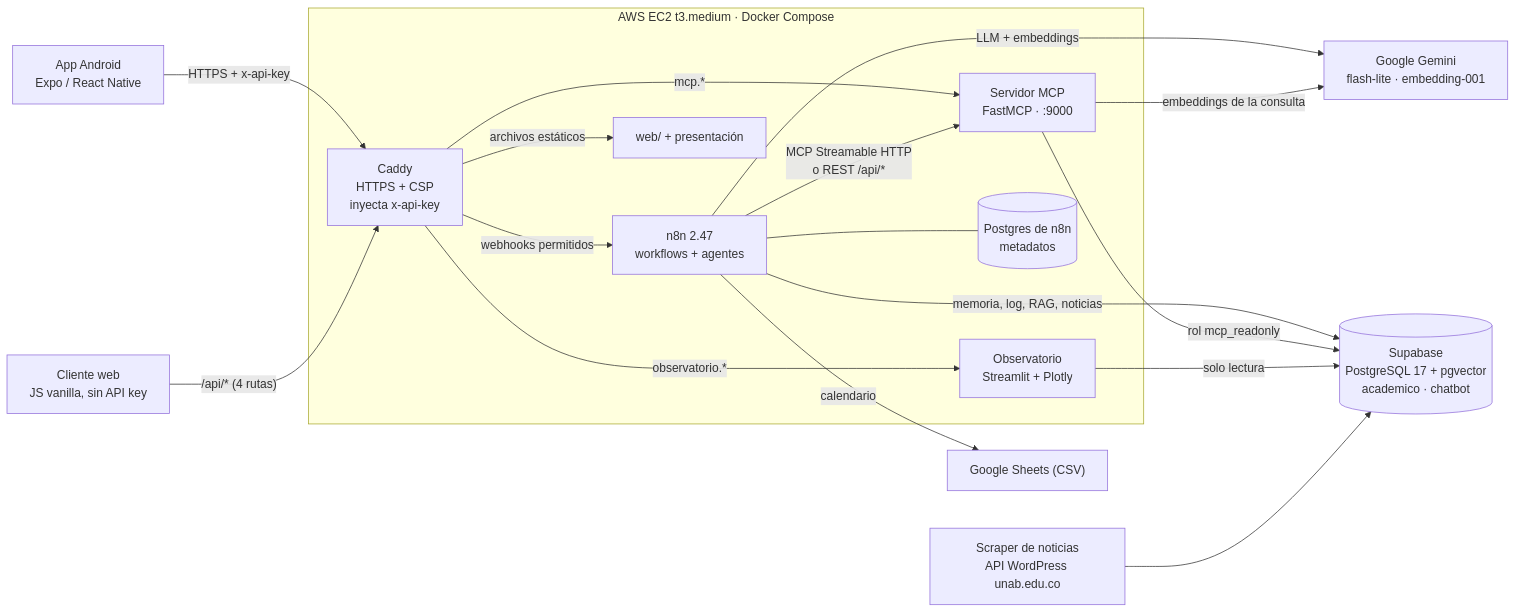
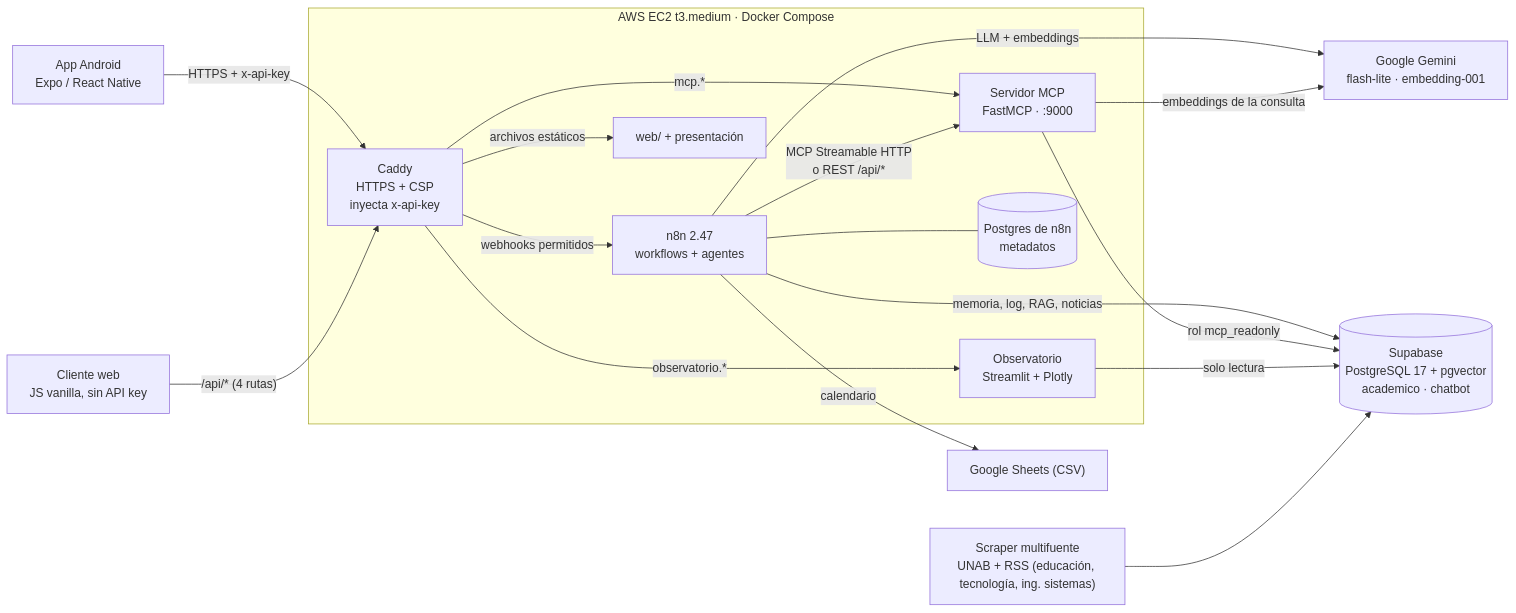
The diagram in README.md (Daniverd15/chatbot-academico-unab), drawn with Mermaid before and after one commit. The commit also changed other lines of this file and 31 other files, not shown here.

First line of the commit message:
Rúbrica del segundo corte: autoaprendizaje, scraper multifuente, evidencias y manual de usuario

````diff
--- a/README.md
+++ b/README.md
@@ -71,20 +71,20 @@
 ```mermaid
 flowchart LR
     APP["App Android<br/>Expo / React Native"] -->|"HTTPS + x-api-key"| CADDY
     WEB["Cliente web<br/>JS vanilla, sin API key"] -->|"/api/* (4 rutas)"| CADDY
     subgraph EC2["AWS EC2 t3.medium · Docker Compose"]
         CADDY["Caddy<br/>HTTPS + CSP<br/>inyecta x-api-key"] -->|"webhooks permitidos"| N8N["n8n 2.47<br/>workflows + agentes"]
         CADDY -->|"mcp.*"| MCP["Servidor MCP<br/>FastMCP · :9000"]
         CADDY -->|"observatorio.*"| DASH["Observatorio<br/>Streamlit + Plotly"]
         CADDY -->|"archivos estáticos"| STATIC["web/ + presentación"]
         N8N -->|"MCP Streamable HTTP<br/>o REST /api/*"| MCP
         N8N --- PGN[("Postgres de n8n<br/>metadatos")]
     end
     N8N -->|"LLM + embeddings"| GEM["Google Gemini<br/>flash-lite · embedding-001"]
     MCP -->|"embeddings de la consulta"| GEM
     N8N -->|"memoria, log, RAG, noticias"| SUPA
     MCP -->|"rol mcp_readonly"| SUPA[("Supabase<br/>PostgreSQL 17 + pgvector<br/>academico · chatbot")]
     DASH -->|"solo lectura"| SUPA
-    SCR["Scraper de noticias<br/>API WordPress unab.edu.co"] --> SUPA
+    SCR["Scraper multifuente<br/>UNAB + RSS (educación, tecnología, ing. sistemas)"] --> SUPA
     N8N -->|"calendario"| SHEET["Google Sheets (CSV)"]
 ```
````
